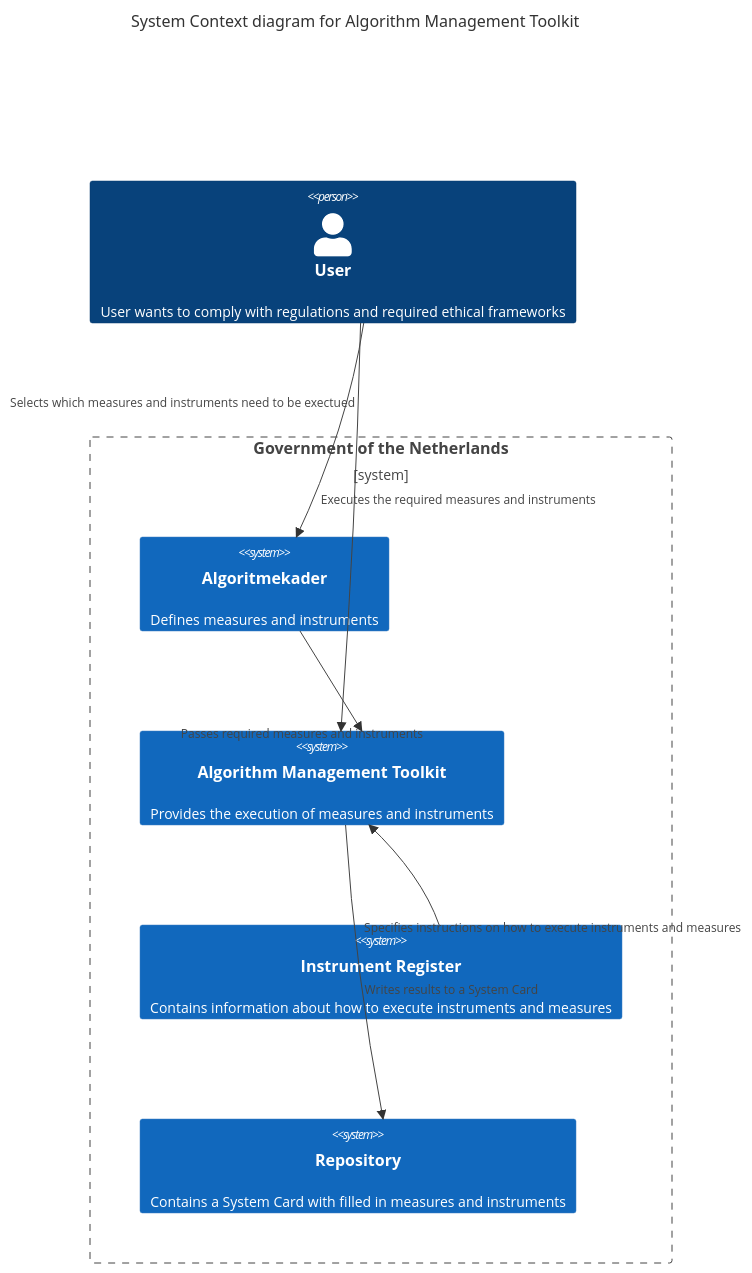
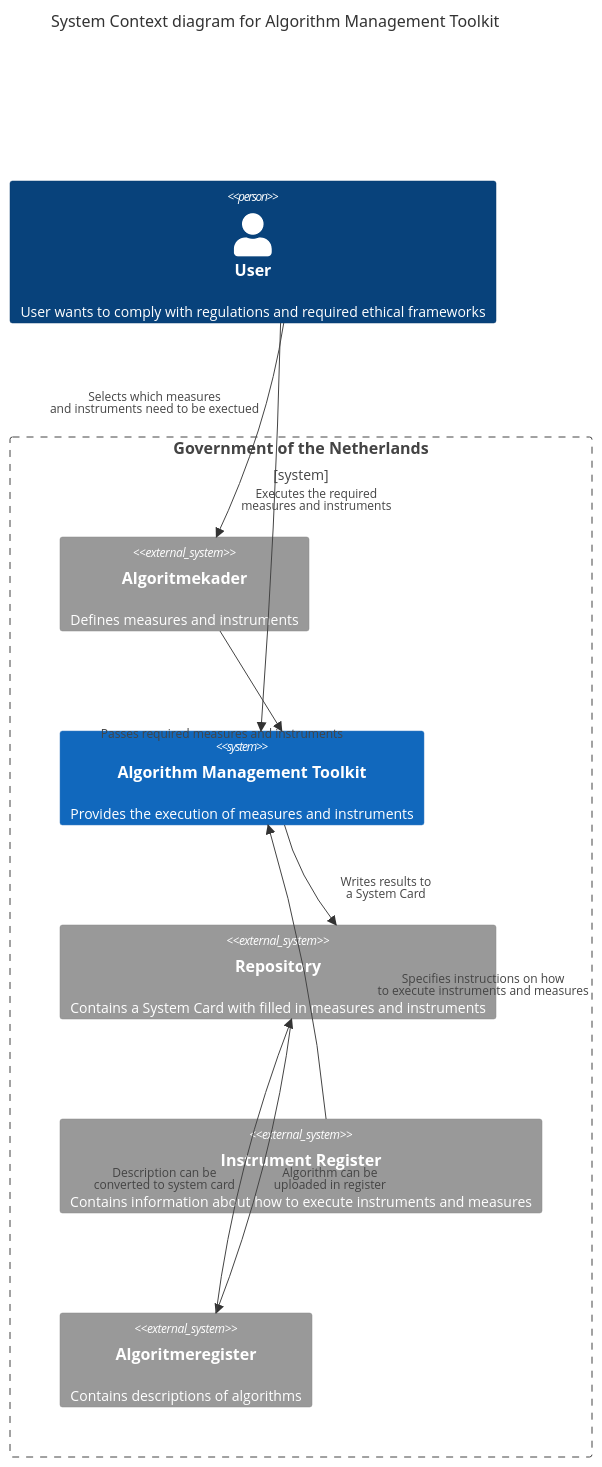
One commit to MinBZK/amt changed the first of 3 diagrams in docs/architecture/architecture.md. Above: the diagram before and after it, drawn with Mermaid. The commit also changed other lines of this file, not shown here.

Commit message:
Added Algoritmeregister to context diagram + text, fixed typo's, processed comments

````diff
--- a/docs/architecture/architecture.md
+++ b/docs/architecture/architecture.md
@@ -24,33 +26,42 @@
 ```mermaid
 C4Context
     title System Context diagram for Algorithm Management Toolkit
     Boundary(b0, "Government of the Netherlands") {
-        System(Algoritmekader, "Algoritmekader", "Defines measures and instruments")
+        System_Ext(Algoritmekader, "Algoritmekader", "Defines measures and instruments")
         System(TAD, "Algorithm Management Toolkit", "Provides the execution of measures and instruments")
-        System(InstrumentRegister, "Instrument Register", "Contains information about how to execute instruments and measures")
-        System(Repository, "Repository", "Contains a System Card with filled in measures and instruments")
+        System_Ext(Repository, "Repository", "Contains a System Card with filled in measures and instruments")
+        System_Ext(InstrumentRegister, "Instrument Register", "Contains information about how to execute instruments and measures")
+        System_Ext(Algoritmeregister, "Algoritmeregister", "Contains descriptions of algorithms")
+
     }
 
     Person(user0, "User", "User wants to comply with regulations and required
     ethical frameworks")
 
 
     Rel(Algoritmekader, TAD, "Passes required measures and instruments")
     UpdateRelStyle(Algoritmekader, TAD, $offsetY="50", $offsetX="-150")
-    UpdateLayoutConfig($c4ShapeInRow="3", $c4BoundaryInRow="1")
 
-    Rel(TAD, Repository, "Writes results to a System Card")
-    UpdateRelStyle(TAD, Repository, $offsetY="15", $offsetX="0")
-    UpdateLayoutConfig($c4ShapeInRow="3", $c4BoundaryInRow="1")
-
-    Rel(InstrumentRegister, TAD, "Specifies instructions on how to execute instruments and measures")
-    UpdateRelStyle(InstrumentRegister, TAD, $offsetY="50", $offsetX="-40")
-    UpdateLayoutConfig($c4ShapeInRow="3", $c4BoundaryInRow="1")
+    Rel(TAD, Repository, "Writes results to <br/>a System Card")
+    UpdateRelStyle(TAD, Repository, $offsetY="10", $offsetX="30")
 
 
-    Rel(user0, Algoritmekader, "Selects which measures and instruments need to be exectued")
-    UpdateRelStyle(user0, Algoritmekader, $offsetY="-30", $offsetX="-320")
 
-    Rel(user0, TAD, "Executes the required measures and instruments")
+    Rel(InstrumentRegister, TAD, "Specifies instructions on how <br/>to execute instruments and measures")
+    UpdateRelStyle(InstrumentRegister, TAD, $offsetY="10", $offsetX="80")
+
+    Rel(Repository, Algoritmeregister, "Algorithm can be <br/> uploaded in register")
+    UpdateRelStyle(Repository, Algoritmeregister, $offsetY="10", $offsetX="20")
+
+    Rel(Algoritmeregister, Repository, "Description can be <br/> converted to system card")
+    UpdateRelStyle(Algoritmeregister, Repository, $offsetY="10", $offsetX="-160")
+
+
+    Rel(user0, Algoritmekader, "Selects which measures <br/>and instruments need to be exectued")
+    UpdateRelStyle(user0, Algoritmekader, $offsetY="-30", $offsetX="-200")
+
+    Rel(user0, TAD, "Executes the required <br/>measures and instruments")
     UpdateRelStyle(user0, TAD, $offsetY="-30", $offsetX="-30")
+
+    UpdateLayoutConfig($c4ShapeInRow="2", $c4BoundaryInRow="2")
 ```
````
